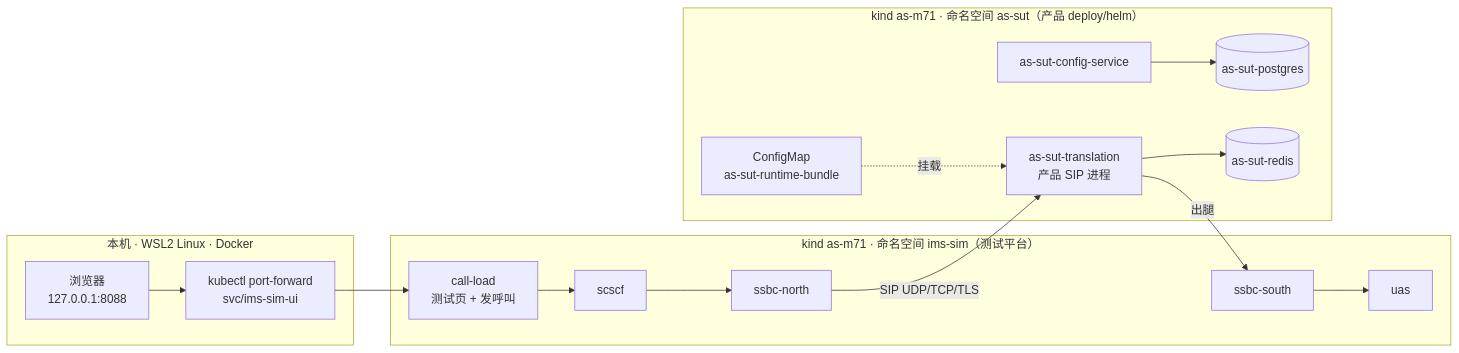
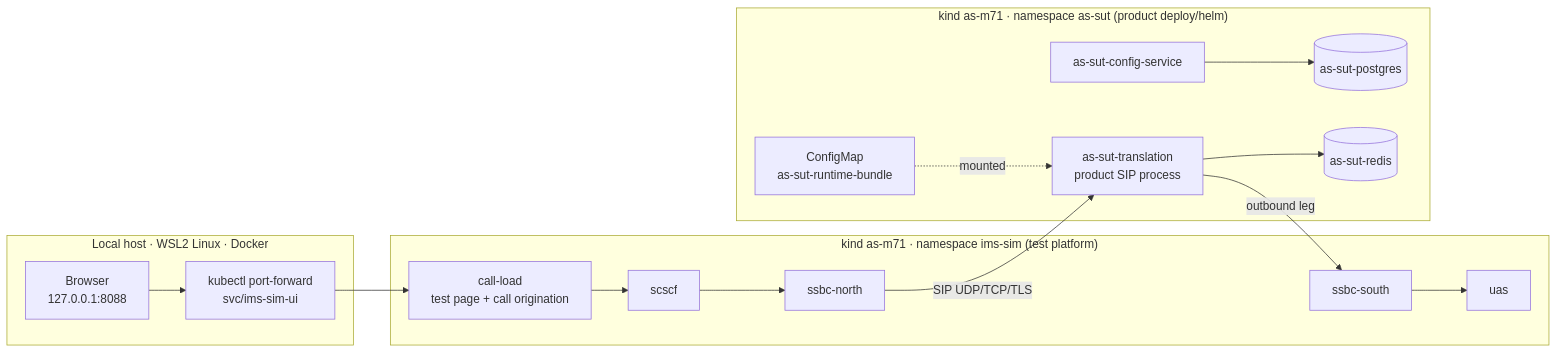
One commit to dolanshu/inhouse-ims-as changed the third of 4 diagrams in docs/handoff/pre-m8-demo-review-plan.md. Above: the diagram before and after it, drawn with Mermaid. The commit also changed other lines of this file and 186 other files, not shown here.

````diff
--- a/docs/handoff/pre-m8-demo-review-plan.md
+++ b/docs/handoff/pre-m8-demo-review-plan.md
@@ -177,22 +177,22 @@
 ```mermaid
 flowchart LR
-    subgraph HOST["本机 · WSL2 Linux · Docker"]
-        BR["浏览器<br/>127.0.0.1:8088"] --> PF["kubectl port-forward<br/>svc/ims-sim-ui"]
+    subgraph HOST["Local host · WSL2 Linux · Docker"]
+        BR["Browser<br/>127.0.0.1:8088"] --> PF["kubectl port-forward<br/>svc/ims-sim-ui"]
     end
 
-    subgraph SIM["kind as-m71 · 命名空间 ims-sim（测试平台）"]
-        LOAD["call-load<br/>测试页 + 发呼叫"] --> SC["scscf"] --> N["ssbc-north"]
+    subgraph SIM["kind as-m71 · namespace ims-sim (test platform)"]
+        LOAD["call-load<br/>test page + call origination"] --> SC["scscf"] --> N["ssbc-north"]
         S["ssbc-south"] --> U["uas"]
     end
 
-    subgraph SUT["kind as-m71 · 命名空间 as-sut（产品 deploy/helm）"]
-        TR["as-sut-translation<br/>产品 SIP 进程"]
-        CM["ConfigMap<br/>as-sut-runtime-bundle"] -.->|"挂载"| TR
+    subgraph SUT["kind as-m71 · namespace as-sut (product deploy/helm)"]
+        TR["as-sut-translation<br/>product SIP process"]
+        CM["ConfigMap<br/>as-sut-runtime-bundle"] -.->|"mounted"| TR
         CS["as-sut-config-service"] --> PGS[("as-sut-postgres")]
         TR --> RD[("as-sut-redis")]
     end
 
     PF --> LOAD
     N -->|"SIP UDP/TCP/TLS"| TR
-    TR -->|"出腿"| S
+    TR -->|"outbound leg"| S
 ```
````
